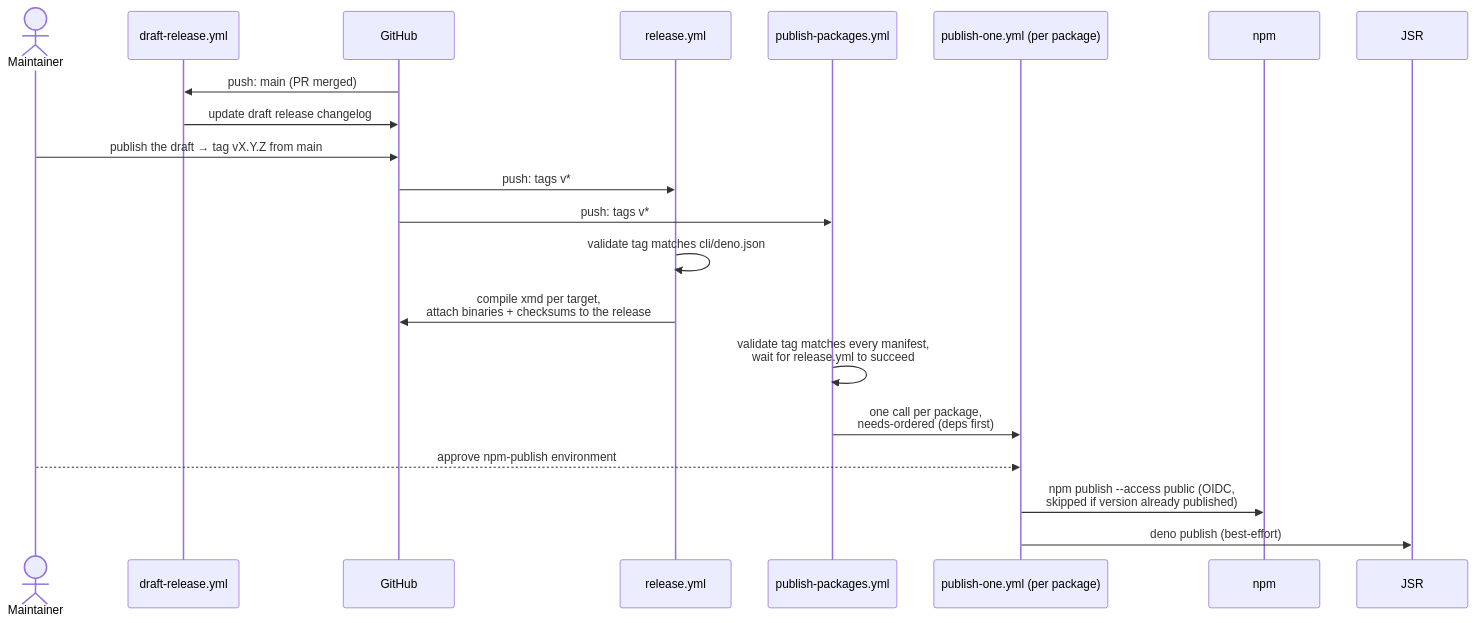
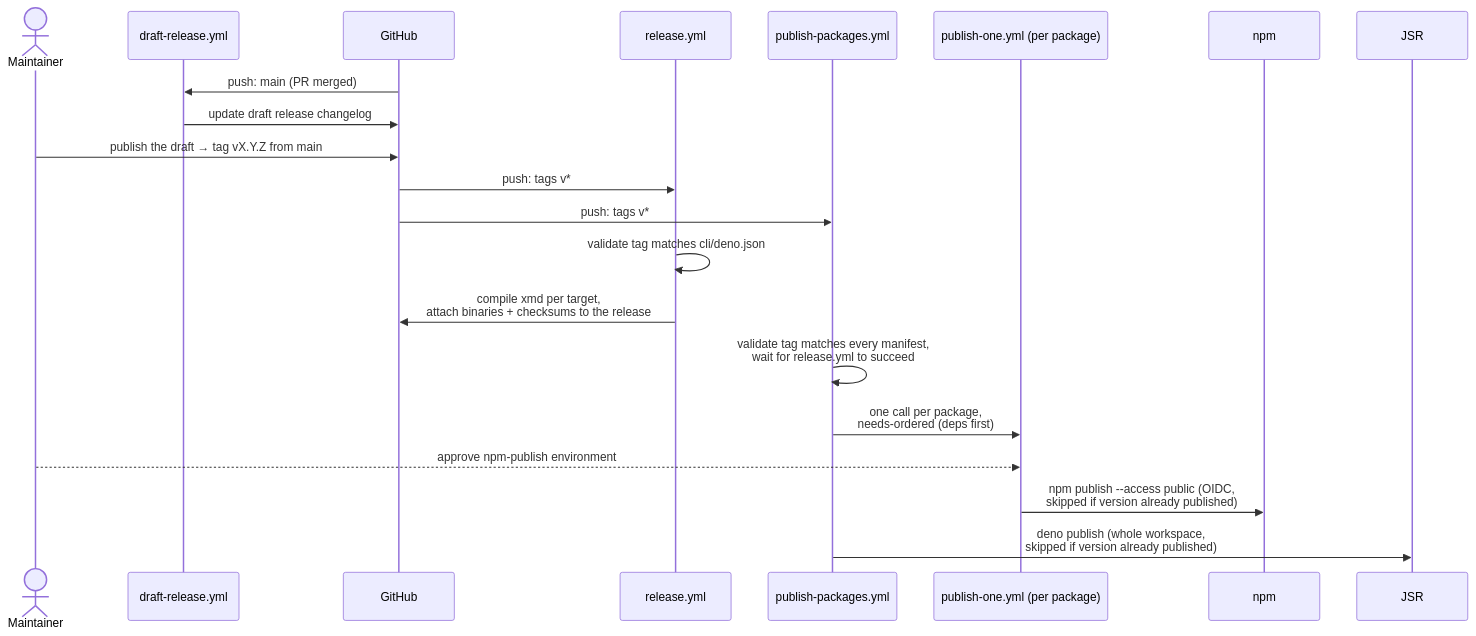
One commit to taras/executable.md changed the diagram in specs/release-process-spec.md. Above: the diagram before and after it, drawn with Mermaid. The commit also changed other lines of this file and 14 other files, not shown here.

First line of the commit message:
👷 ci(jsr): gate JSR publishability and publish the workspace as a unit

````diff
--- a/specs/release-process-spec.md
+++ b/specs/release-process-spec.md
@@ -23,24 +24,24 @@
 ```mermaid
 sequenceDiagram
     actor M as Maintainer
     participant DR as draft-release.yml
     participant GH as GitHub
     participant R as release.yml
     participant PP as publish-packages.yml
     participant PO as publish-one.yml (per package)
     participant NPM as npm
     participant JSR as JSR
 
     GH->>DR: push: main (PR merged)
     DR->>GH: update draft release changelog
     M->>GH: publish the draft → tag vX.Y.Z from main
     GH->>R: push: tags v*
     GH->>PP: push: tags v*
     R->>R: validate tag matches cli/deno.json
     R->>GH: compile xmd per target,<br/>attach binaries + checksums to the release
     PP->>PP: validate tag matches every manifest,<br/>wait for release.yml to succeed
     PP->>PO: one call per package,<br/>needs-ordered (deps first)
     M-->>PO: approve npm-publish environment
     PO->>NPM: npm publish --access public (OIDC,<br/>skipped if version already published)
-    PO->>JSR: deno publish (best-effort)
+    PP->>JSR: deno publish (whole workspace,<br/>skipped if version already published)
 ```
````
